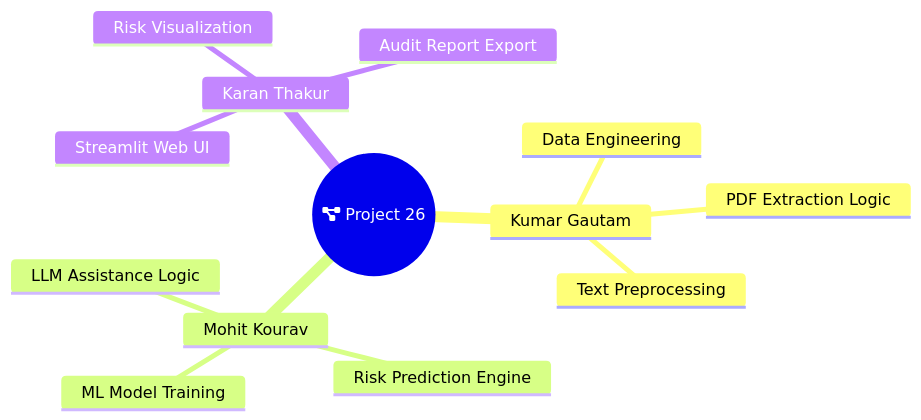
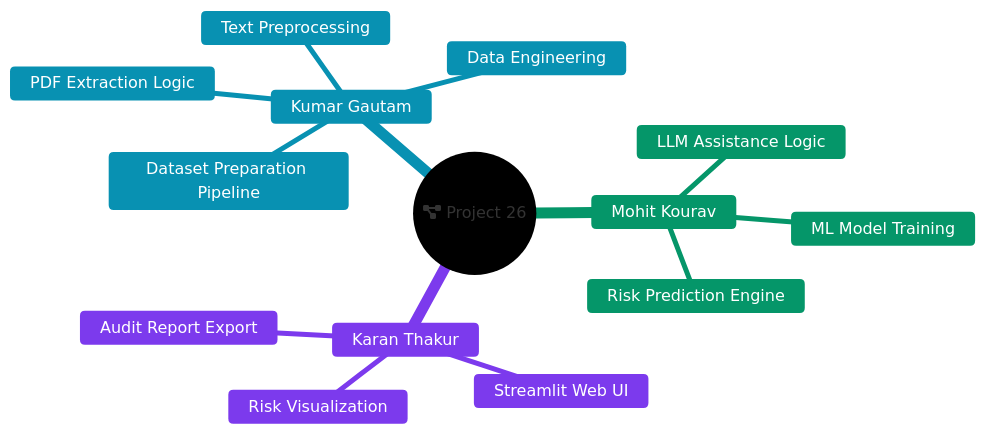
One commit to Gautam-Bharadwaj/AI-ML-PROJECT-26 changed the fourth of 4 diagrams in WORKFLOW.md. Above: the diagram before and after it, drawn with Mermaid.

Commit message:
style: fix invisble nodes in mindmap and add Kumar's full contribution

````diff
--- a/WORKFLOW.md
+++ b/WORKFLOW.md
@@ -56,20 +56,38 @@
 ```mermaid
+%%{init: {
+  'theme': 'base',
+  'themeVariables': {
+    'primaryColor': '#1f2937',
+    'textColor': '#ffffff',
+    'mainBkg': '#1f2937',
+    'nodeTextColor': '#ffffff',
+    'cScale0': '#4f46e5',
+    'cScale1': '#0891b2',
+    'cScale2': '#059669',
+    'cScaleLabel0': '#ffffff',
+    'cScaleLabel1': '#ffffff',
+    'cScaleLabel2': '#ffffff',
+    'cScale3': '#7c3aed',
+    'cScaleLabel3': '#ffffff'
+  }
+}}%%
 mindmap
   root((fa:fa-project-diagram Project 26))
     ::icon(fa fa-users)
     Kumar Gautam
       ::icon(fa fa-database)
       Data Engineering
       PDF Extraction Logic
       Text Preprocessing
+      Dataset Preparation Pipeline
     Mohit Kourav
       ::icon(fa fa-brain)
       ML Model Training
       Risk Prediction Engine
       LLM Assistance Logic
     Karan Thakur
       ::icon(fa fa-desktop)
       Streamlit Web UI
       Risk Visualization
       Audit Report Export
 ```
````
